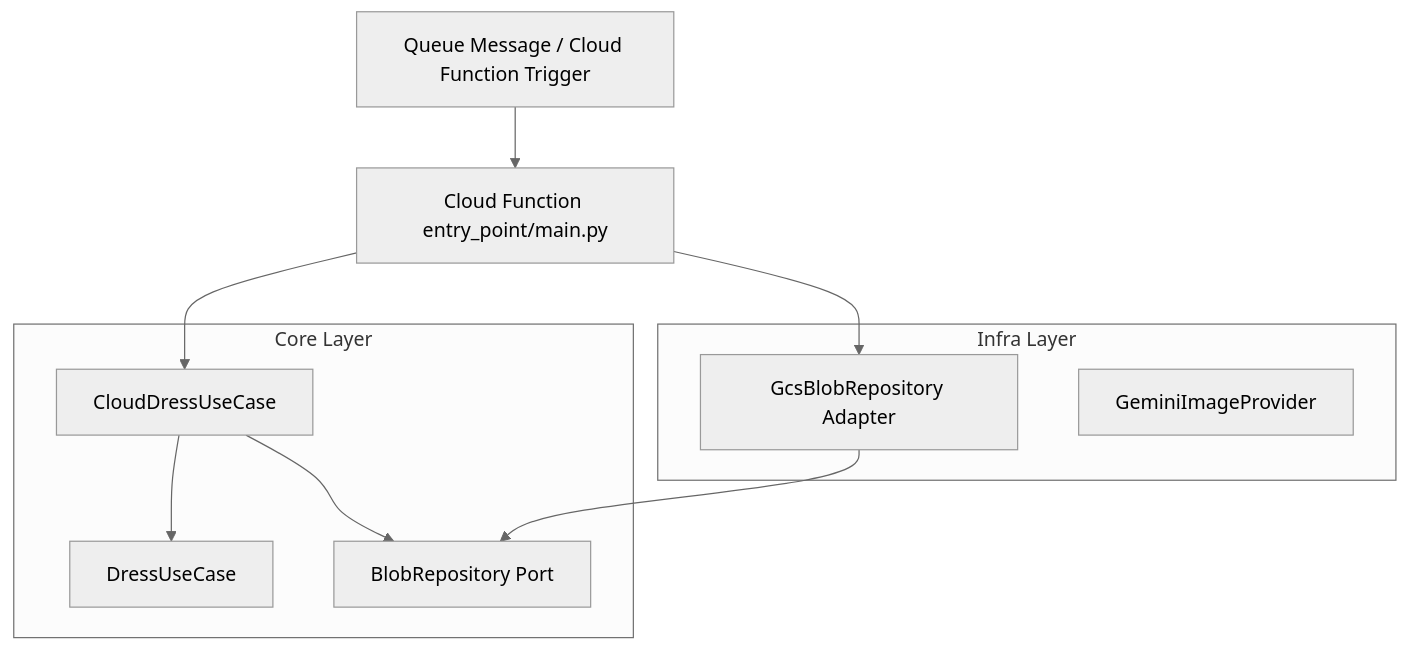
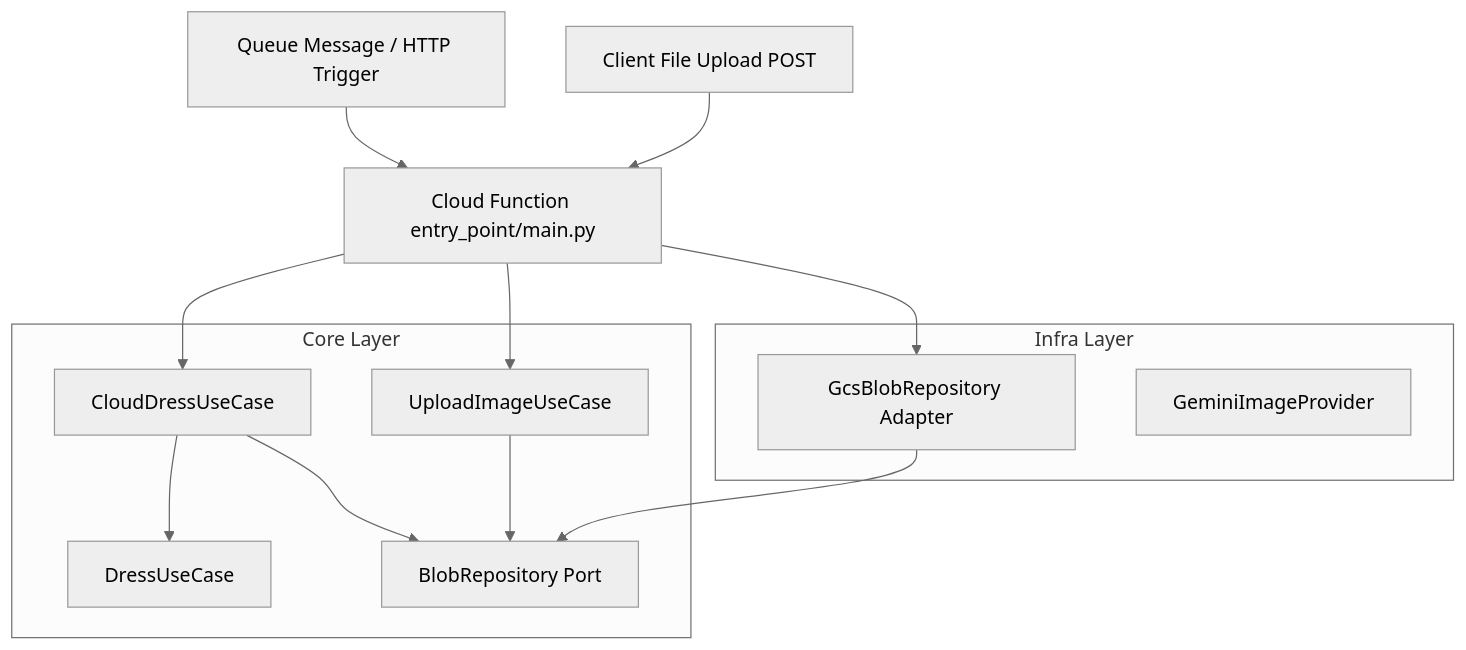
The diagram in dressCloudFunctionPlan.md (michaelprosario/dressed-to-impress), drawn with Mermaid (neutral theme) before and after one commit. The commit also changed other lines of this file and 5 other files, not shown here.

Commit message:
feat ( image upload ) draft feature

````diff
--- a/dressCloudFunctionPlan.md
+++ b/dressCloudFunctionPlan.md
@@ -18,20 +16,27 @@
 ```mermaid
 graph TD
-    Trigger[Queue Message / Cloud Function Trigger] --> CF[Cloud Function entry_point/main.py]
+    Trigger[Queue Message / HTTP Trigger] --> CF[Cloud Function entry_point/main.py]
+    ClientUpload[Client File Upload POST] --> CF
+    
     CF --> CoreUC[CloudDressUseCase]
+    CF --> UploadUC[UploadImageUseCase]
+    
     CoreUC --> BaseUC[DressUseCase]
     CoreUC --> BlobRepoPort[BlobRepository Port]
+    UploadUC --> BlobRepoPort
+    
     GcsBlobRepo[GcsBlobRepository Adapter] --> BlobRepoPort
     CF --> GcsBlobRepo
     
     subgraph Core Layer
         CoreUC
+        UploadUC
         BaseUC
         BlobRepoPort
     end
     
     subgraph Infra Layer
         GcsBlobRepo
         Gemini[GeminiImageProvider]
     end
 ```
````
